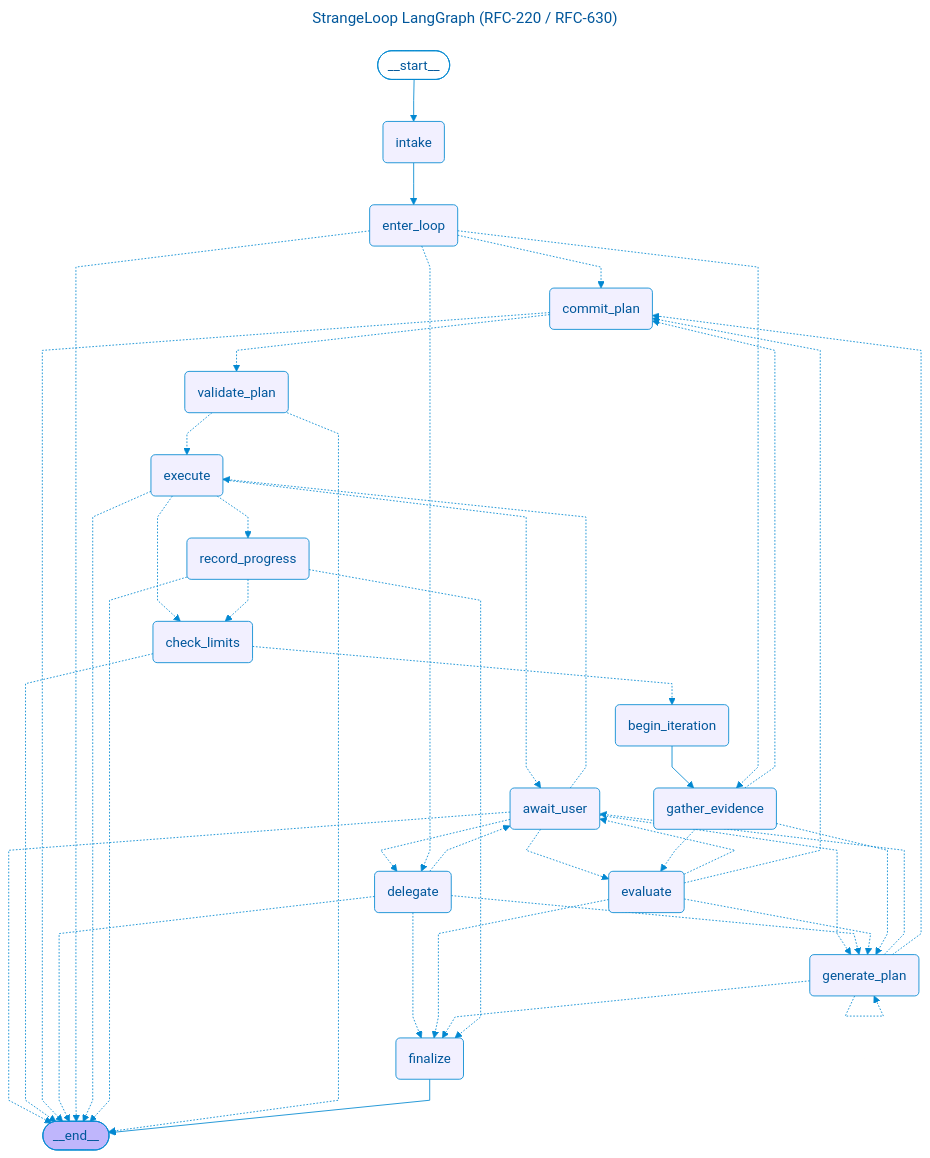
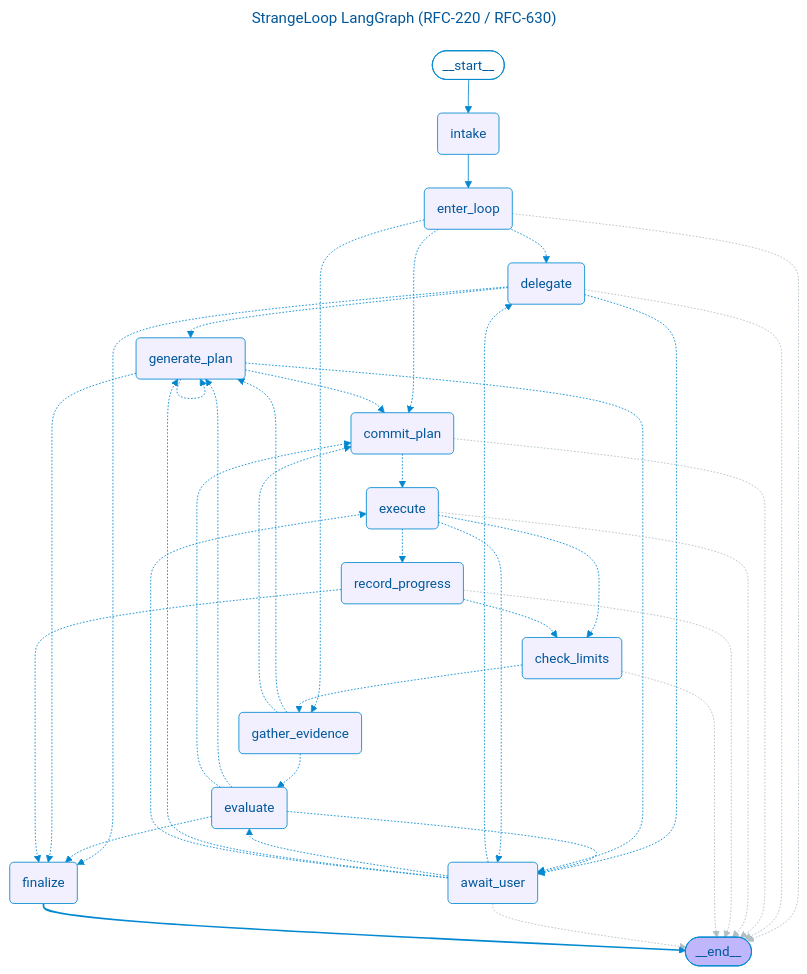
Before and after one commit to OpenSoothe/soothe: the diagram in docs/diagrams/strange_loop_graph.mmd, drawn with Mermaid. The commit also changed 22 other files, not shown here.

```diff
--- a/docs/diagrams/strange_loop_graph.mmd
+++ b/docs/diagrams/strange_loop_graph.mmd
@@ -1,75 +1,75 @@
 ---
 title: StrangeLoop LangGraph (RFC-220 / RFC-630)
 config:
   flowchart:
-    curve: linear
+    curve: basis
+    nodeSpacing: 30
+    rankSpacing: 40
+    useMaxWidth: true
   theme: base
   themeVariables:
     primaryColor: "#e1f5fe"
     primaryTextColor: "#01579b"
     primaryBorderColor: "#0288d1"
     lineColor: "#0288d1"
     secondaryColor: "#fff3e0"
     tertiaryColor: "#f3e5f5"
 ---
 graph TD;
 	__start__([<p>__start__</p>]):::first
 	intake(intake)
 	enter_loop(enter_loop)
 	delegate(delegate)
-	check_limits(check_limits)
-	begin_iteration(begin_iteration)
 	gather_evidence(gather_evidence)
 	evaluate(evaluate)
 	generate_plan(generate_plan)
-	finalize(finalize)
 	commit_plan(commit_plan)
-	validate_plan(validate_plan)
 	execute(execute)
 	record_progress(record_progress)
+	check_limits(check_limits)
 	await_user(await_user)
+	finalize(finalize)
 	__end__([<p>__end__</p>]):::last
 	__start__ --> intake;
-	await_user -.-> __end__;
+	intake --> enter_loop;
+	enter_loop -.-> delegate;
+	enter_loop -.-> gather_evidence;
+	enter_loop -.-> commit_plan;
+	enter_loop -.-> __end__;
+	delegate -.-> generate_plan;
+	delegate -.-> await_user;
+	delegate -.-> finalize;
+	delegate -.-> __end__;
+	gather_evidence -.-> evaluate;
+	gather_evidence -.-> generate_plan;
+	gather_evidence -.-> commit_plan;
+	evaluate -.-> generate_plan;
+	evaluate -.-> commit_plan;
+	evaluate -.-> await_user;
+	evaluate -.-> finalize;
+	generate_plan -.-> generate_plan;
+	generate_plan -.-> commit_plan;
+	generate_plan -.-> await_user;
+	generate_plan -.-> finalize;
+	commit_plan -.-> execute;
+	commit_plan -.-> __end__;
+	execute -.-> record_progress;
+	execute -.-> check_limits;
+	execute -.-> await_user;
+	execute -.-> __end__;
+	record_progress -.-> check_limits;
+	record_progress -.-> finalize;
+	record_progress -.-> __end__;
+	check_limits -.-> gather_evidence;
+	check_limits -.-> __end__;
 	await_user -.-> delegate;
 	await_user -.-> evaluate;
+	await_user -.-> generate_plan;
 	await_user -.-> execute;
-	await_user -.-> generate_plan;
-	begin_iteration --> gather_evidence;
-	check_limits -.-> __end__;
-	check_limits -.-> begin_iteration;
-	commit_plan -.-> __end__;
-	commit_plan -.-> validate_plan;
-	delegate -.-> __end__;
-	delegate -.-> await_user;
-	delegate -.-> finalize;
-	delegate -.-> generate_plan;
-	enter_loop -.-> __end__;
-	enter_loop -.-> commit_plan;
-	enter_loop -.-> delegate;
-	enter_loop -.-> gather_evidence;
-	evaluate -.-> await_user;
-	evaluate -.-> commit_plan;
-	evaluate -.-> finalize;
-	evaluate -.-> generate_plan;
-	execute -.-> __end__;
-	execute -.-> await_user;
-	execute -.-> check_limits;
-	execute -.-> record_progress;
-	gather_evidence -.-> commit_plan;
-	gather_evidence -.-> evaluate;
-	gather_evidence -.-> generate_plan;
-	generate_plan -.-> await_user;
-	generate_plan -.-> commit_plan;
-	generate_plan -.-> finalize;
-	intake --> enter_loop;
-	record_progress -.-> __end__;
-	record_progress -.-> check_limits;
-	record_progress -.-> finalize;
-	validate_plan -.-> __end__;
-	validate_plan -.-> execute;
+	await_user -.-> __end__;
 	finalize --> __end__;
-	generate_plan -.-> generate_plan;
 	classDef default fill:#f2f0ff,line-height:1.2
 	classDef first fill-opacity:0
 	classDef last fill:#bfb6fc
+	linkStyle 5,9,22,26,29,31,36 stroke:#b0bec5,stroke-width:1px
+	linkStyle 37 stroke:#0288d1,stroke-width:2px
```
